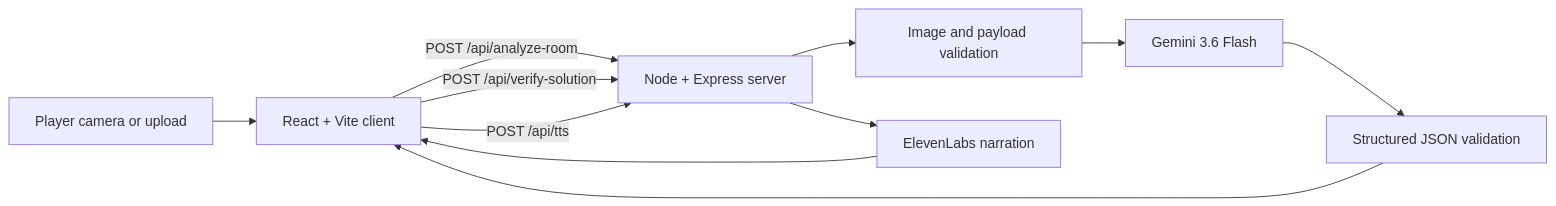
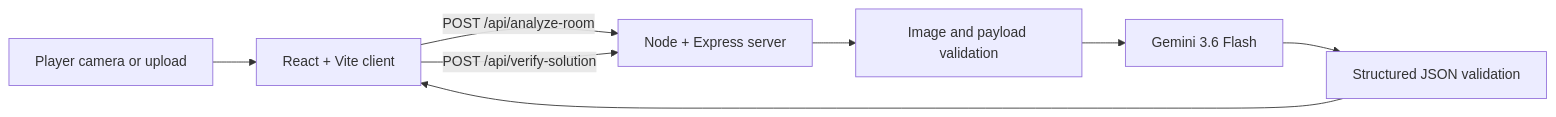
Before and after one commit to zidanefrost/pocket_detective: the diagram in README.md, drawn with Mermaid. The commit also changed other lines of this file and 6 other files, not shown here.

Commit message:
Remove ElevenLabs TTS integration

````diff
--- a/README.md
+++ b/README.md
@@ -114,13 +113,10 @@
 ```mermaid
 flowchart LR
     Player["Player camera or upload"] --> React["React + Vite client"]
     React -->|"POST /api/analyze-room"| Express["Node + Express server"]
     React -->|"POST /api/verify-solution"| Express
-    React -->|"POST /api/tts"| Express
     Express --> Validation["Image and payload validation"]
     Validation --> Gemini["Gemini 3.6 Flash"]
     Gemini --> Structured["Structured JSON validation"]
     Structured --> React
-    Express --> ElevenLabs["ElevenLabs narration"]
-    ElevenLabs --> React
 ```
````
